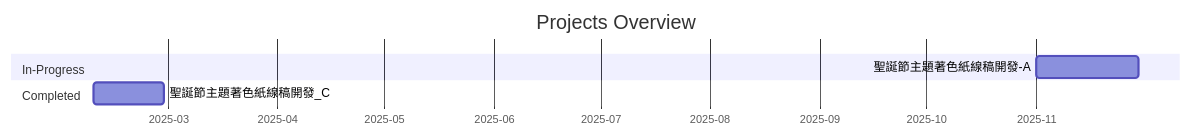
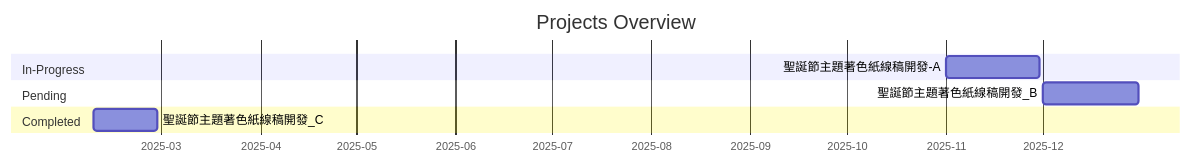
The diagram in people/王小美.md (Labujuice/WorkItem_management), drawn with Mermaid before and after one commit. The commit also changed other lines of this file and 1 other file, not shown here.

Commit message:
first update

````diff
--- a/people/王小美.md
+++ b/people/王小美.md
@@ -9,11 +9,13 @@
 ```mermaid
 gantt
     dateFormat  YYYY-MM-DD
     axisFormat %Y-%m
     title Projects Overview
 
     section In-Progress
     聖誕節主題著色紙線稿開發-A :2025-11-01, 2025-11-30
+    section Pending
+    聖誕節主題著色紙線稿開發_B :2025-12-01, 2025-12-31
     section Completed
     聖誕節主題著色紙線稿開發_C :2025-02-08, 2025-02-28
 ```
````
